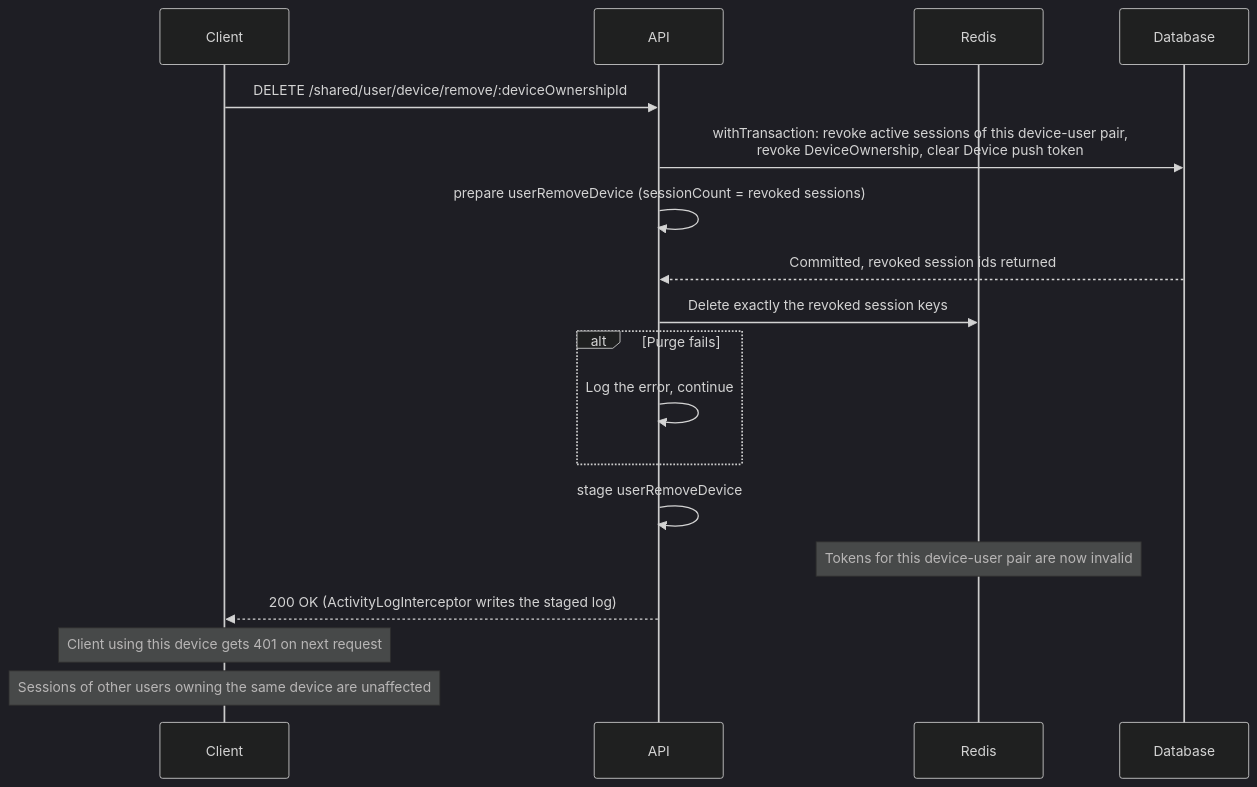
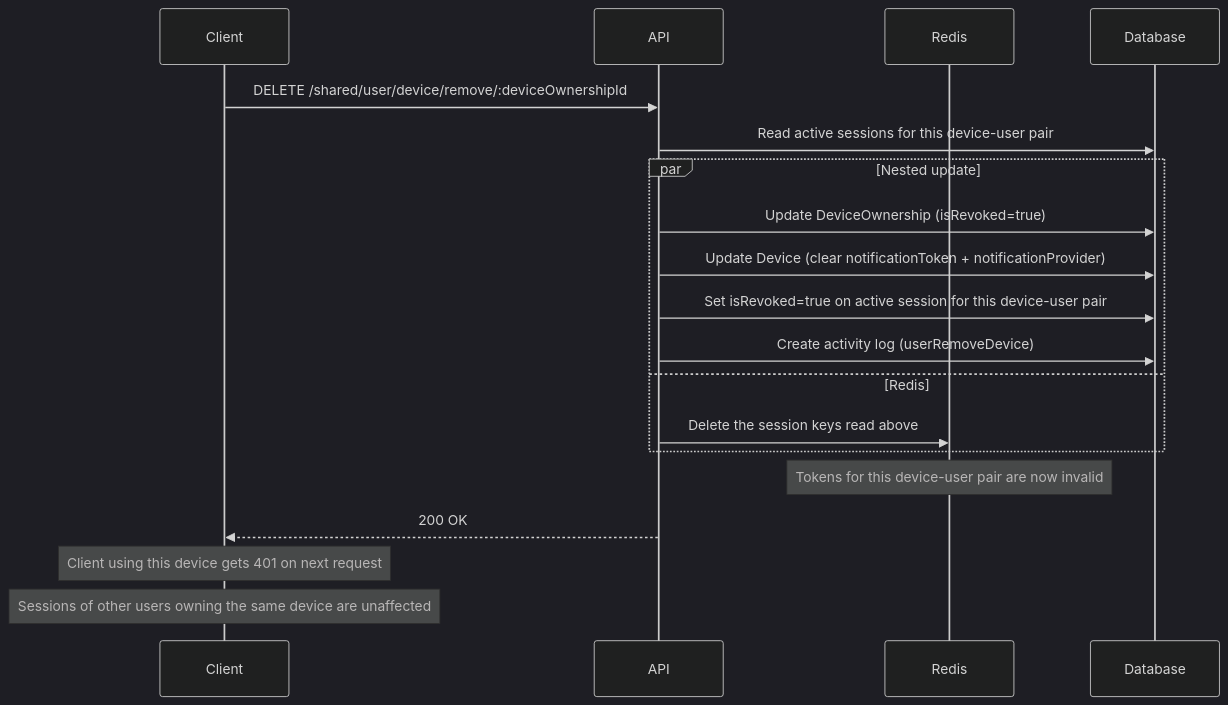
Before and after one commit to andrechristikan/ack-nestjs-boilerplate: the diagram in docs/device.md, drawn with Mermaid (dark theme). The commit also changed other lines of this file and 1480 other files, not shown here.

````diff
--- a/docs/device.md
+++ b/docs/device.md
@@ -137,21 +106,22 @@
 ```mermaid
 sequenceDiagram
     participant Client
     participant API
     participant Redis
     participant Database
 
     Client->>API: DELETE /shared/user/device/remove/:deviceOwnershipId
-    API->>Database: withTransaction: revoke active sessions of this device-user pair,<br/>revoke DeviceOwnership, clear Device push token
-    API->>API: prepare userRemoveDevice (sessionCount = revoked sessions)
-    Database-->>API: Committed, revoked session ids returned
-    API->>Redis: Delete exactly the revoked session keys
-    alt Purge fails
-        API->>API: Log the error, continue
+    API->>Database: Read active sessions for this device-user pair
+    par Nested update
+        API->>Database: Update DeviceOwnership (isRevoked=true)
+        API->>Database: Update Device (clear notificationToken + notificationProvider)
+        API->>Database: Set isRevoked=true on active session for this device-user pair
+        API->>Database: Create activity log (userRemoveDevice)
+    and Redis
+        API->>Redis: Delete the session keys read above
     end
-    API->>API: stage userRemoveDevice
     Note over Redis: Tokens for this device-user pair are now invalid
-    API-->>Client: 200 OK (ActivityLogInterceptor writes the staged log)
+    API-->>Client: 200 OK
     Note over Client: Client using this device gets 401 on next request
     Note over Client: Sessions of other users owning the same device are unaffected
 ```
````
